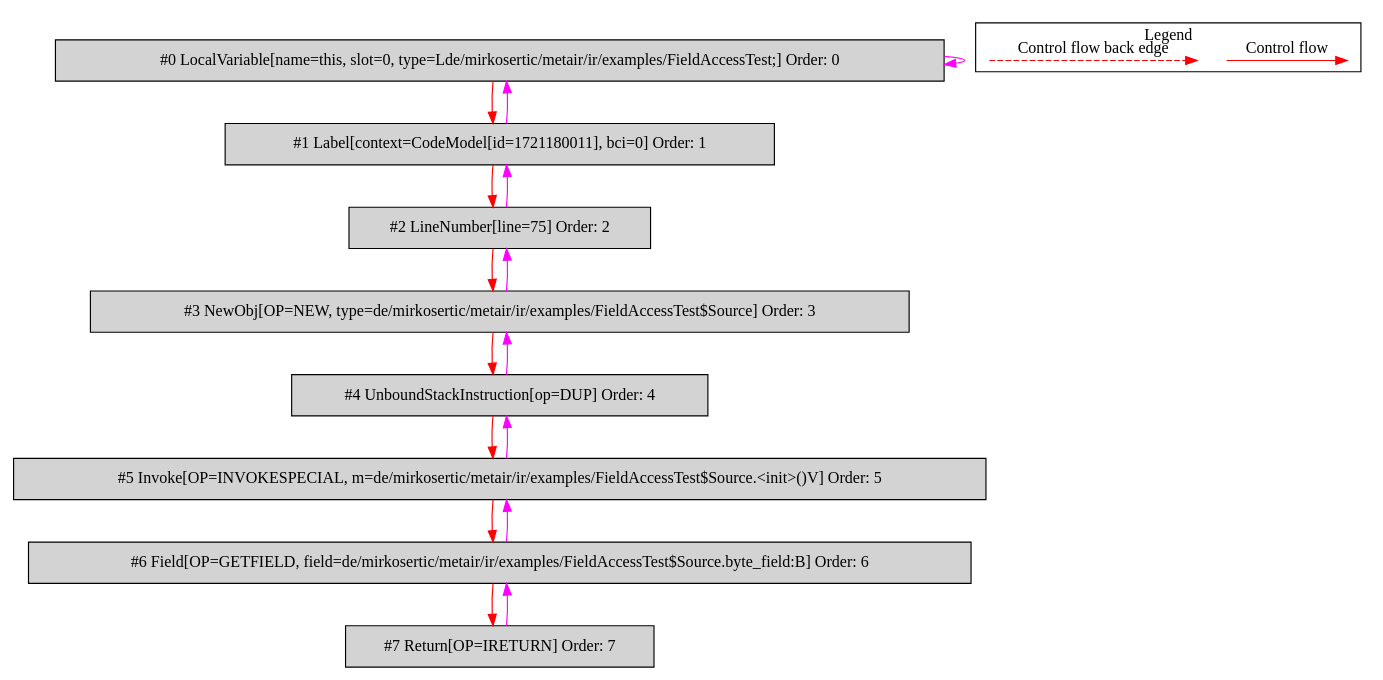
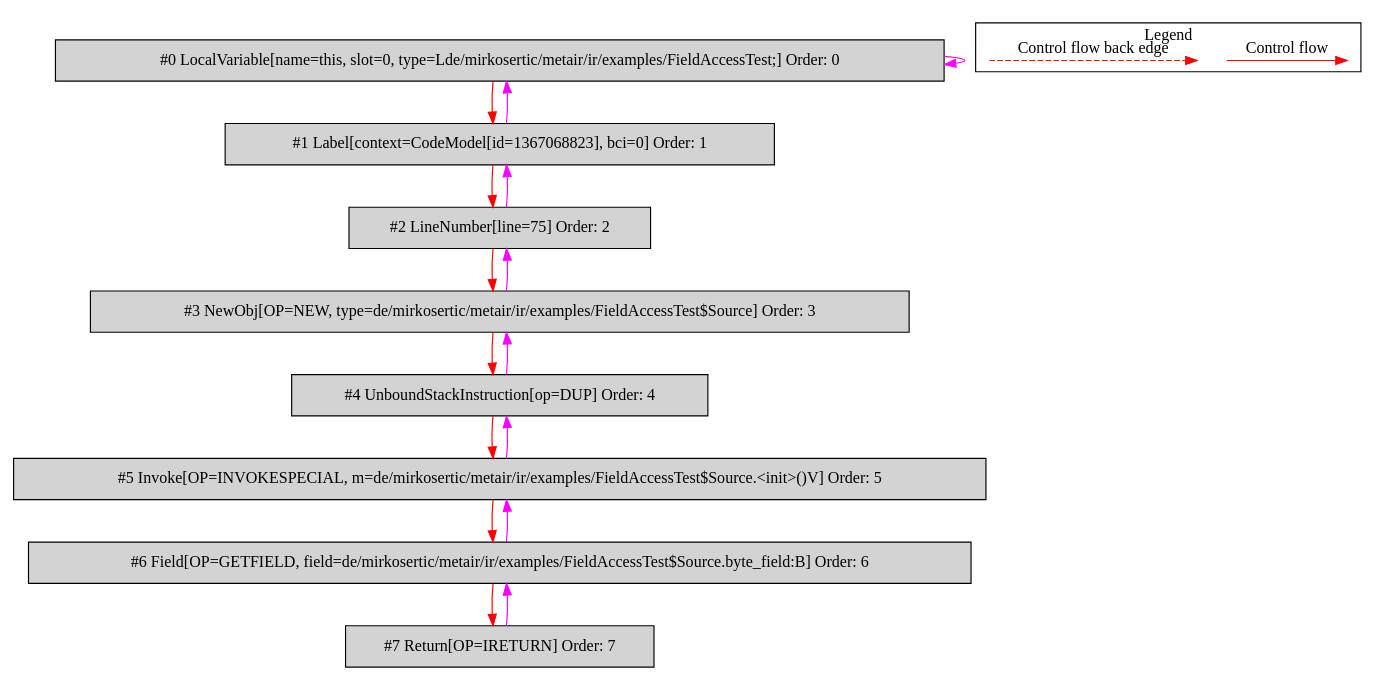
One commit to mirkosertic/MetaIR changed the diagram in de.mirkosertic.metair.ir.examples.FieldAccessTest/return_byte/bytecodecfg.dot. Above: the diagram before and after it, drawn with Graphviz. The commit also changed 1045 other files, not shown here.

```diff
--- a/de.mirkosertic.metair.ir.examples.FieldAccessTest/return_byte/bytecodecfg.dot
+++ b/de.mirkosertic.metair.ir.examples.FieldAccessTest/return_byte/bytecodecfg.dot
@@ -1,40 +1,40 @@
 digraph {
  ordering="in";
  node0[label="#0 LocalVariable[name=this, slot=0, type=Lde/mirkosertic/metair/ir/examples/FieldAccessTest;] Order: 0", shape=box, fillcolor=lightgrey, style=filled];
- node1[label="#1 Label[context=CodeModel[id=1721180011], bci=0] Order: 1", shape=box, fillcolor=lightgrey, style=filled];
+ node1[label="#1 Label[context=CodeModel[id=1367068823], bci=0] Order: 1", shape=box, fillcolor=lightgrey, style=filled];
  node2[label="#2 LineNumber[line=75] Order: 2", shape=box, fillcolor=lightgrey, style=filled];
  node3[label="#3 NewObj[OP=NEW, type=de/mirkosertic/metair/ir/examples/FieldAccessTest$Source] Order: 3", shape=box, fillcolor=lightgrey, style=filled];
  node4[label="#4 UnboundStackInstruction[op=DUP] Order: 4", shape=box, fillcolor=lightgrey, style=filled];
  node5[label="#5 Invoke[OP=INVOKESPECIAL, m=de/mirkosertic/metair/ir/examples/FieldAccessTest$Source.<init>()V] Order: 5", shape=box, fillcolor=lightgrey, style=filled];
  node6[label="#6 Field[OP=GETFIELD, field=de/mirkosertic/metair/ir/examples/FieldAccessTest$Source.byte_field:B] Order: 6", shape=box, fillcolor=lightgrey, style=filled];
  node7[label="#7 Return[OP=IRETURN] Order: 7", shape=box, fillcolor=lightgrey, style=filled];
  node0 -> node0[color=fuchsia];
  node0 -> node1[color=red];
  node1 -> node0[color=fuchsia];
  node1 -> node2[color=red];
  node2 -> node1[color=fuchsia];
  node2 -> node3[color=red];
  node3 -> node2[color=fuchsia];
  node3 -> node4[color=red];
  node4 -> node3[color=fuchsia];
  node4 -> node5[color=red];
  node5 -> node4[color=fuchsia];
  node5 -> node6[color=red];
  node6 -> node5[color=fuchsia];
  node6 -> node7[color=red];
  node7 -> node6[color=fuchsia];
  subgraph cluster_000 {
   label = "Legend";
   node [shape=point]
   {
    rank=same;
    c0 [style = invis];
    c1 [style = invis];
    c2 [style = invis];
    c3 [style = invis];
   }
   c0 -> c1 [label="Control flow", style=solid, color=red]
   c2 -> c3 [label="Control flow back edge", style=dashed, color=red]
  }
 
 }
```
